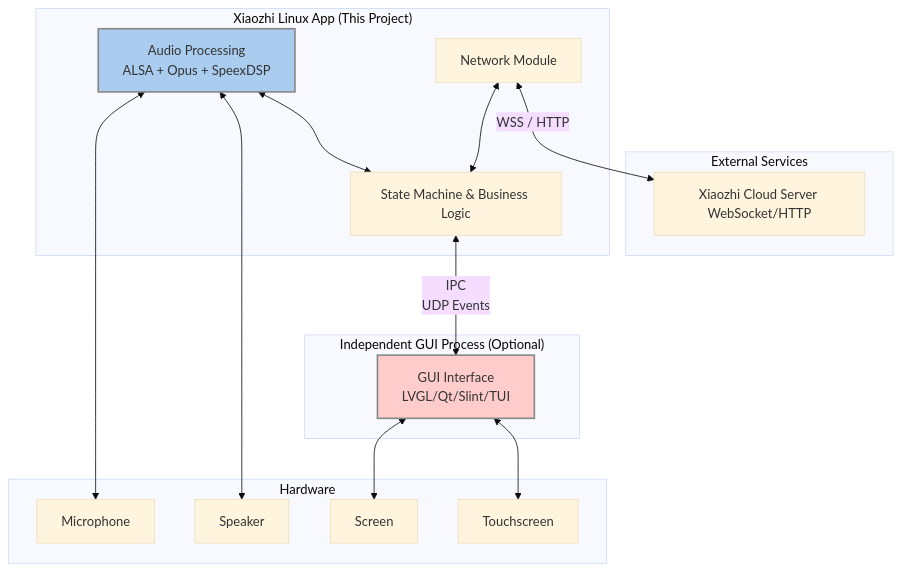
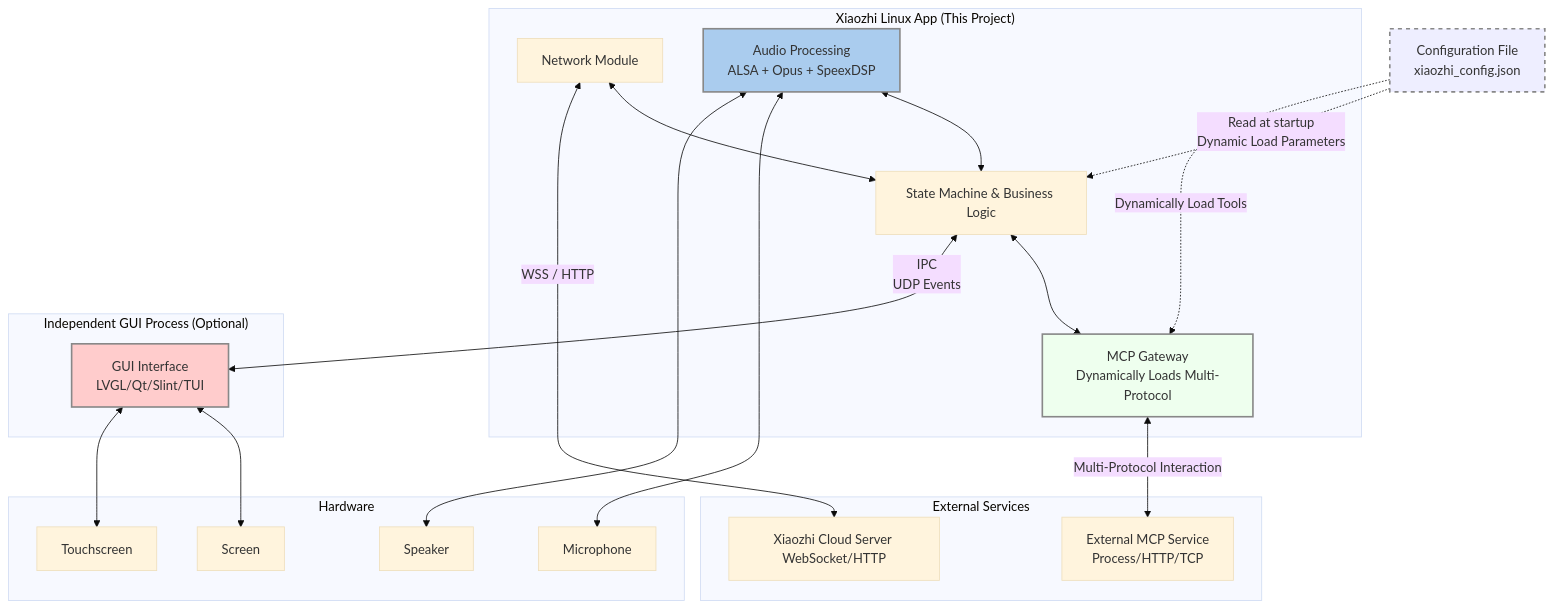
One commit to Hyrsoft/xiaozhi_linux_rs changed the diagram in README_en.md. Above: the diagram before and after it, drawn with Mermaid (base theme). The commit also changed other lines of this file and 1 other file, not shown here.

````diff
--- a/README_en.md
+++ b/README_en.md
@@ -29,36 +29,47 @@
 ```mermaid
 graph TD
+    Config[Configuration File<br/>xiaozhi_config.json]
+
     subgraph External [External Services]
         Cloud[Xiaozhi Cloud Server WebSocket/HTTP]
+        MCP_Ext[External MCP Service<br/>Process/HTTP/TCP]
     end
 
     subgraph "Xiaozhi Linux App (This Project)"
         Net[Network Module]
         Audio[Audio Processing<br/>ALSA + Opus + SpeexDSP]
         Logic[State Machine & Business Logic]
+        MCP[MCP Gateway<br/>Dynamically Loads Multi-Protocol]
         
         Net <--> Logic
         Audio <--> Logic
+        Logic <--> MCP
     end
 
     subgraph "Independent GUI Process (Optional)"
         GUI[GUI Interface<br/>LVGL/Qt/Slint/TUI]
     end
 
     subgraph Hardware [Hardware]
         Mic[Microphone]
         Speaker[Speaker]
         Screen[Screen]
         Touch[Touchscreen]
     end
 
+    Config -.->|Read at startup<br/>Dynamic Load Parameters| Logic
+    Config -.->|Dynamically Load Tools| MCP
+
     Net <-->|WSS / HTTP| Cloud
+    MCP <-->|Multi-Protocol Interaction| MCP_Ext
     Audio <--> Mic
     Audio <--> Speaker
     Logic <-->|IPC<br/>UDP Events| GUI
     GUI <--> Screen
     GUI <--> Touch
     
     style Audio fill:#ace,stroke:#888,stroke-width:2px
     style GUI fill:#fcc,stroke:#888,stroke-width:2px
+    style Config fill:#eef,stroke:#888,stroke-width:2px,stroke-dasharray: 5 5
+    style MCP fill:#efe,stroke:#888,stroke-width:2px
 ```
````
